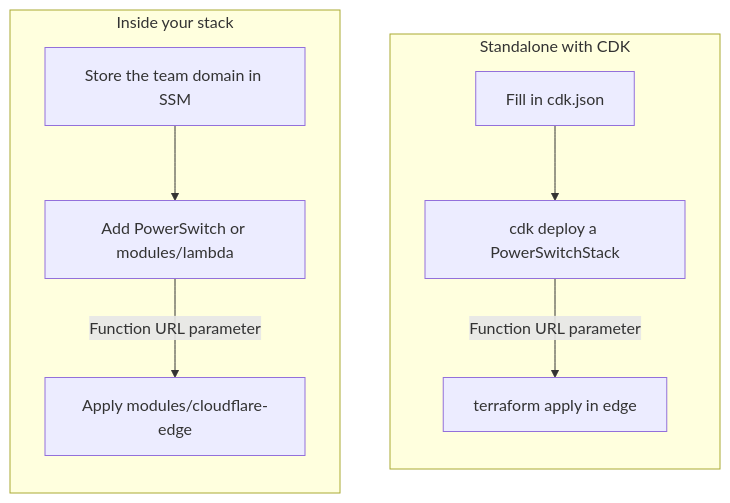
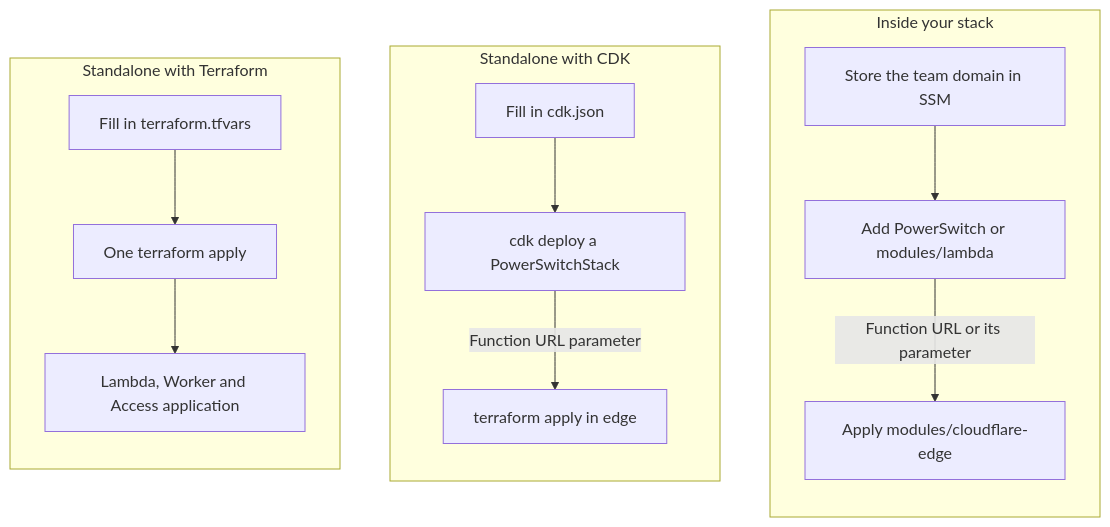
One commit to freshmick/aws-power-switch changed the third of 6 diagrams in README.md. Above: the diagram before and after it, drawn with Mermaid. The commit also changed other lines of this file and 9 other files, not shown here.

First line of the commit message:
feat(examples): Terraform standalone example, one apply deploys the switch (#29)

````diff
--- a/README.md
+++ b/README.md
@@ -56,13 +56,18 @@
 ```mermaid
 flowchart TB
-    subgraph standalone [Standalone with CDK]
-        direction TB
-        s1[Fill in cdk.json] --> s2[cdk deploy a PowerSwitchStack]
-        s2 -- Function URL parameter --> s3[terraform apply in edge]
-    end
     subgraph embedded [Inside your stack]
         direction TB
         e1[Store the team domain in SSM] --> e2[Add PowerSwitch or modules/lambda]
-        e2 -- Function URL parameter --> e3[Apply modules/cloudflare-edge]
+        e2 -- Function URL or its parameter --> e3[Apply modules/cloudflare-edge]
+    end
+    subgraph cdkstandalone [Standalone with CDK]
+        direction TB
+        c1[Fill in cdk.json] --> c2[cdk deploy a PowerSwitchStack]
+        c2 -- Function URL parameter --> c3[terraform apply in edge]
+    end
+    subgraph tfstandalone [Standalone with Terraform]
+        direction TB
+        t1[Fill in terraform.tfvars] --> t2[One terraform apply]
+        t2 --> t3[Lambda, Worker and Access application]
     end
 ```
````
